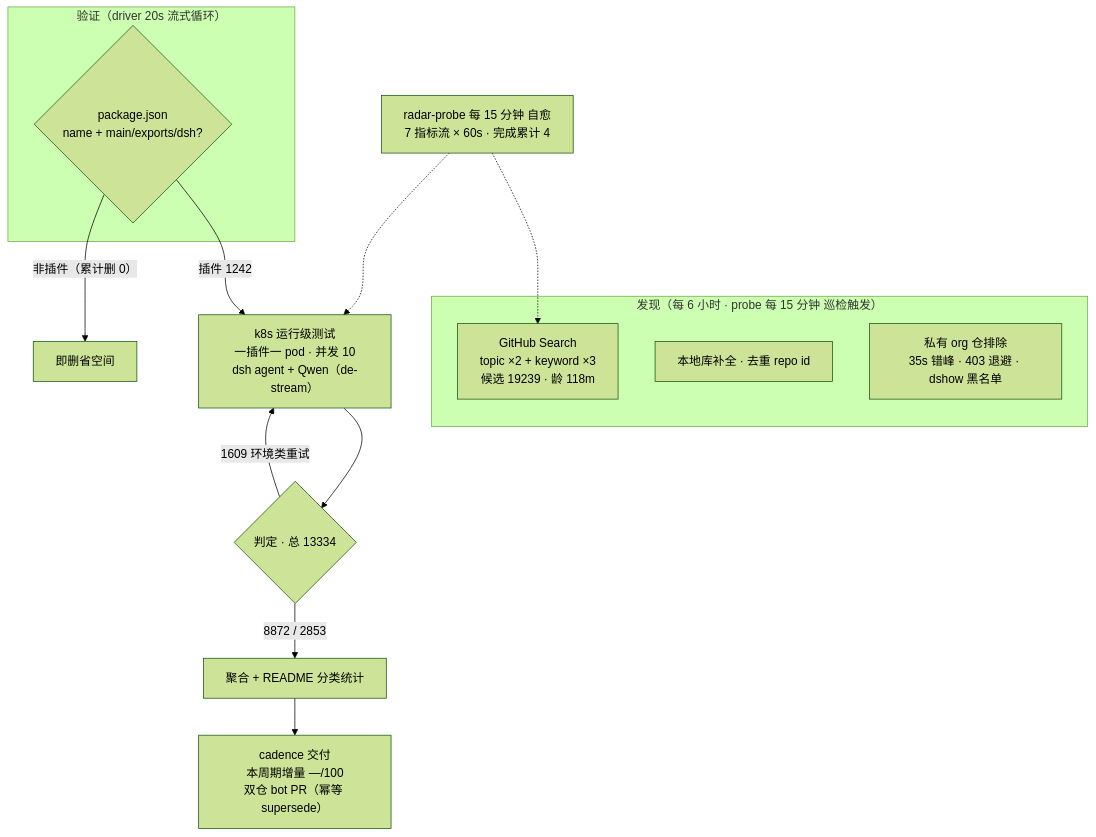
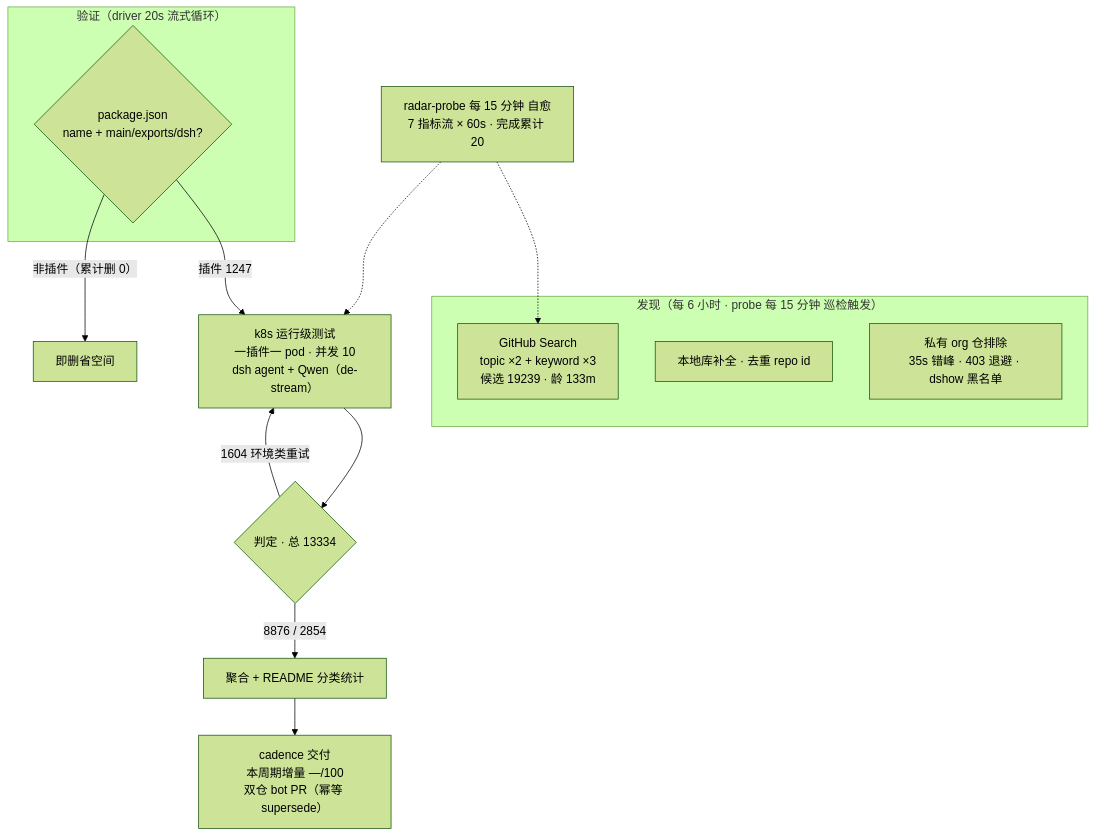
One commit to Zhidao-Lab-OSS/awesome-dsh-plugins changed the diagram in README.md. Above: the diagram before and after it, drawn with Mermaid (forest theme). The commit also changed other lines of this file and 1 other file, not shown here.

````diff
--- a/README.md
+++ b/README.md
@@ -59,20 +60,20 @@
 ```mermaid
 flowchart TB
     subgraph Discovery["发现（每 6 小时 · probe 每 15 分钟 巡检触发）"]
-        A1["GitHub Search<br/>topic ×2 + keyword ×3<br/>候选 19239 · 龄 118m"]
+        A1["GitHub Search<br/>topic ×2 + keyword ×3<br/>候选 19239 · 龄 133m"]
         A2["本地库补全 · 去重 repo id"]
         A3["私有 org 仓排除<br/>35s 错峰 · 403 退避 · dshow 黑名单"]
     end
     subgraph Validation["验证（driver 20s 流式循环）"]
         B1{"package.json<br/>name + main/exports/dsh?"}
     end
-    B1 -->|"插件 1242"| C1["k8s 运行级测试<br/>一插件一 pod · 并发 10<br/>dsh agent + Qwen（de-stream）"]
+    B1 -->|"插件 1247"| C1["k8s 运行级测试<br/>一插件一 pod · 并发 10<br/>dsh agent + Qwen（de-stream）"]
     B1 -->|"非插件（累计删 0）"| B3["即删省空间"]
     C1 --> D1{"判定 · 总 13334"}
-    D1 -->|"8872 / 2853"| E1["聚合 + README 分类统计"]
-    D1 -->|"1609 环境类重试"| C1
+    D1 -->|"8876 / 2854"| E1["聚合 + README 分类统计"]
+    D1 -->|"1604 环境类重试"| C1
     E1 --> E2["cadence 交付<br/>本周期增量 —/100<br/>双仓 bot PR（幂等 supersede）"]
-    M["radar-probe 每 15 分钟 自愈<br/>7 指标流 × 60s · 完成累计 4"]
+    M["radar-probe 每 15 分钟 自愈<br/>7 指标流 × 60s · 完成累计 20"]
     M -.-> A1
     M -.-> C1
 ```
````
